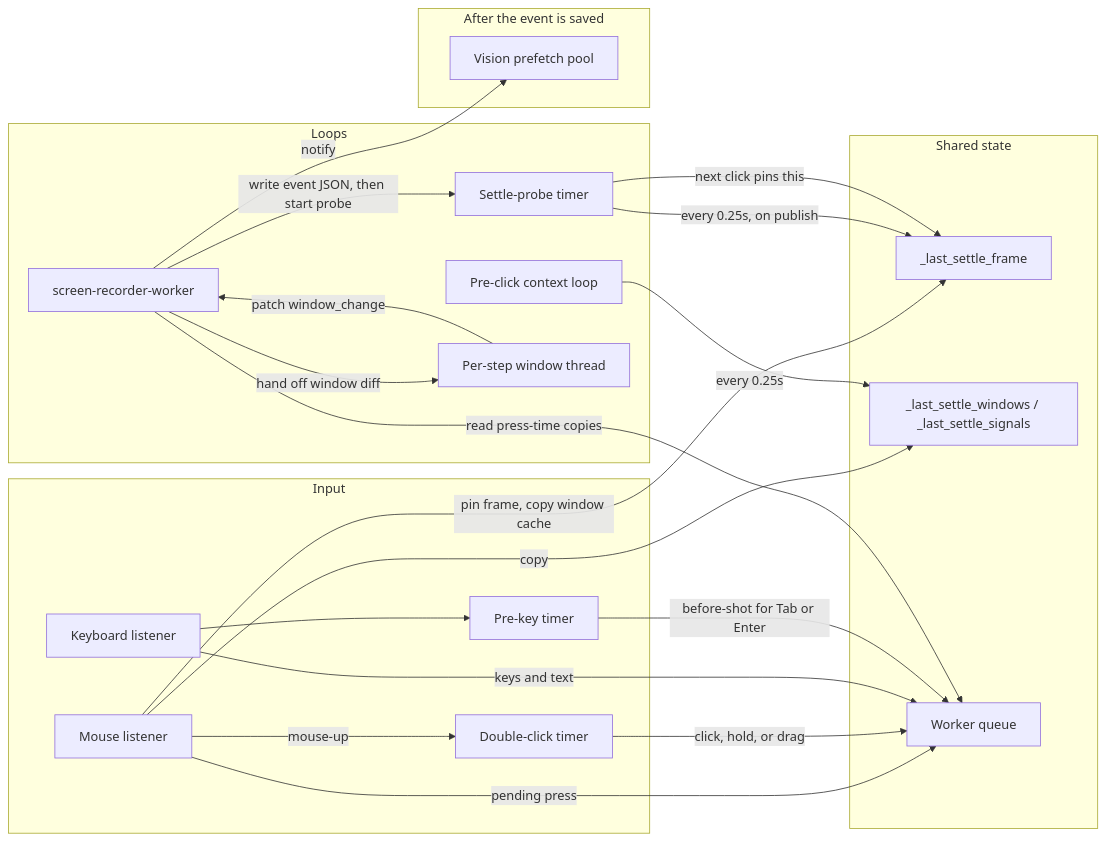
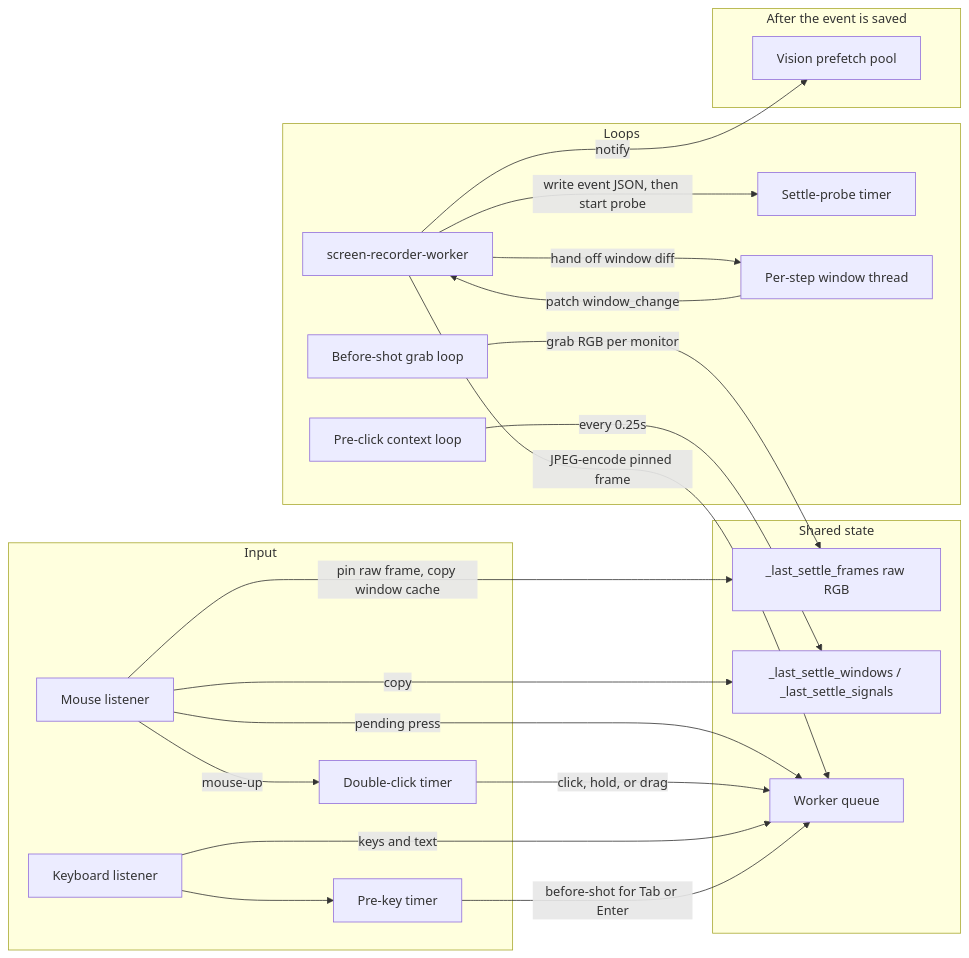
The first of 2 diagrams in RECORDING_LOOPS.md (josephorng/QualityAssuranceAgent), drawn with Mermaid before and after one commit. The commit also changed other lines of this file and 4 other files, not shown here.

First line of the commit message:
Keep before-shot loop grab-only and JPEG-encode only on adopt.

````diff
--- a/RECORDING_LOOPS.md
+++ b/RECORDING_LOOPS.md
@@ -7,44 +7,44 @@
 ```mermaid
 flowchart LR
   subgraph input [Input]
     Mouse[Mouse listener]
     Keys[Keyboard listener]
     ClickTimer[Double-click timer]
     KeyTimer[Pre-key timer]
   end
 
   subgraph shared [Shared state]
-    Frame["_last_settle_frame"]
+    Frame["_last_settle_frames raw RGB"]
     Windows["_last_settle_windows / _last_settle_signals"]
     Queue[Worker queue]
   end
 
   subgraph loops [Loops]
     Probe[Settle-probe timer]
+    BeforeShot[Before-shot grab loop]
     Context[Pre-click context loop]
     Worker[screen-recorder-worker]
     WindowStep[Per-step window thread]
   end
 
   subgraph after [After the event is saved]
     Vision[Vision prefetch pool]
   end
 
-  Mouse -->|pin frame, copy window cache| Frame
+  BeforeShot -->|grab RGB per monitor| Frame
+  Mouse -->|pin raw frame, copy window cache| Frame
   Mouse -->|copy| Windows
   Mouse -->|pending press| Queue
   Mouse -->|mouse-up| ClickTimer
   ClickTimer -->|click, hold, or drag| Queue
   Keys -->|keys and text| Queue
   Keys --> KeyTimer
   KeyTimer -->|before-shot for Tab or Enter| Queue
 
   Context -->|every 0.25s| Windows
-  Probe -->|every 0.25s, on publish| Frame
-  Worker -->|read press-time copies| Queue
+  Worker -->|JPEG-encode pinned frame| Queue
   Worker -->|write event JSON, then start probe| Probe
   Worker -->|hand off window diff| WindowStep
   WindowStep -->|patch window_change| Worker
   Worker -->|notify| Vision
-  Probe -->|next click pins this| Frame
 ```
````
